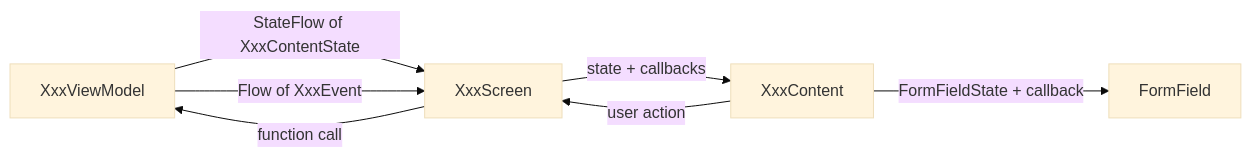
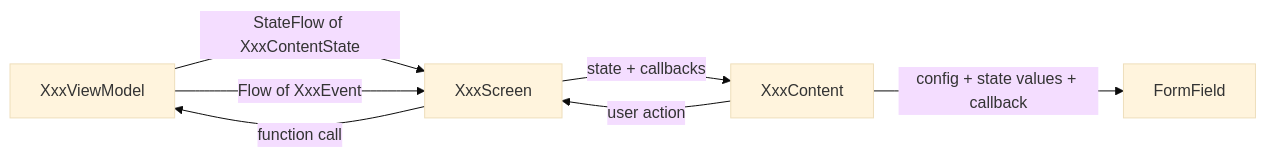
The diagram in docs/adr/ADR-3-composable-conventions.md (allco/transmission-client), drawn with Mermaid (base theme) before and after one commit. The commit also changed other lines of this file and 10 other files, not shown here.

````diff
--- a/docs/adr/ADR-3-composable-conventions.md
+++ b/docs/adr/ADR-3-composable-conventions.md
@@ -29,9 +31,9 @@
 ```mermaid
 flowchart LR
     VM[XxxViewModel] -->|StateFlow of XxxContentState| Screen[XxxScreen]
     VM -->|Flow of XxxEvent| Screen
     Screen -->|state + callbacks| Content[XxxContent]
-    Content -->|FormFieldState + callback| Child[FormField]
+    Content -->|config + state values + callback| Child[FormField]
     Content -->|user action| Screen
     Screen -->|function call| VM
 ```
````
